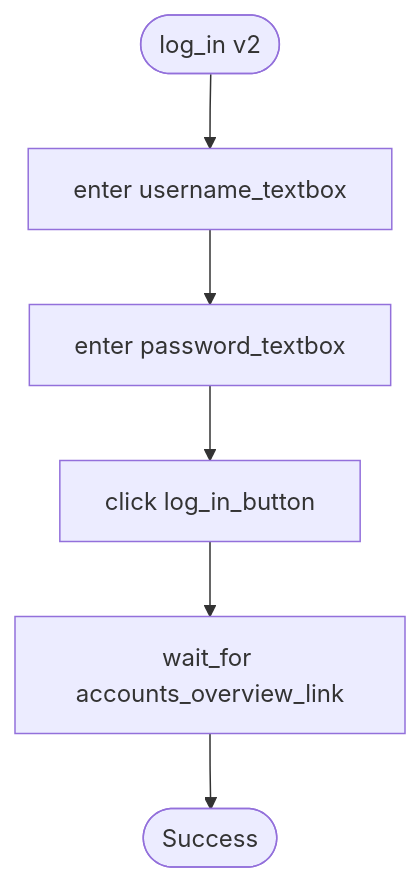
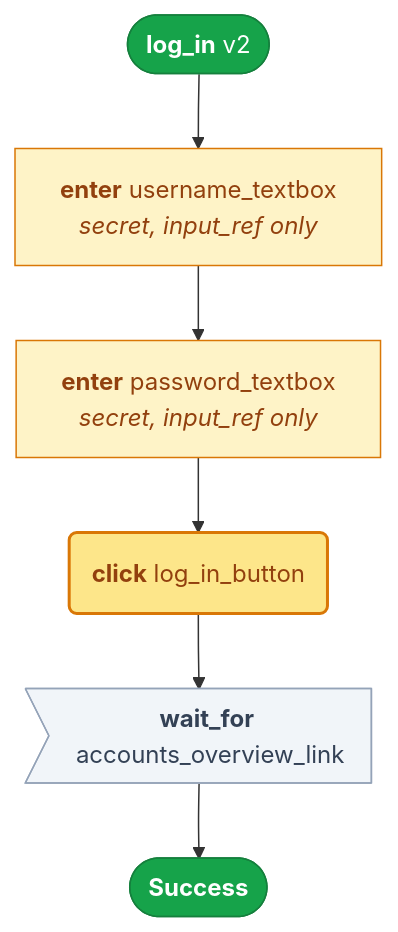
One commit to borisdev/ai_computer_use changed the second of 5 diagrams in CAPABILITIES.md. Above: the diagram before and after it, drawn with Mermaid. The commit also changed other lines of this file and 4 other files, not shown here.

````diff
--- a/CAPABILITIES.md
+++ b/CAPABILITIES.md
@@ -76,14 +121,18 @@
 ```mermaid
 flowchart TD
-    start(["log_in v2"])
-    n0["enter username_textbox"]
+    start(["<b>log_in</b> v2"]):::good
+    n0["<b>enter</b> username_textbox<br/><i>secret, input_ref only</i>"]:::write
     start --> n0
-    n1["enter password_textbox"]
+    n1["<b>enter</b> password_textbox<br/><i>secret, input_ref only</i>"]:::write
     n0 --> n1
-    n2["click log_in_button"]
+    n2("<b>click</b> log_in_button"):::act
     n1 --> n2
-    n3["wait_for accounts_overview_link"]
+    n3>"<b>wait_for</b> accounts_overview_link"]:::look
     n2 --> n3
-    done(["Success"])
-    n3 --> done
+    ok(["<b>Success</b>"]):::good
+    n3 --> ok
+    classDef write fill:#fef3c7,stroke:#d97706,color:#92400e;
+    classDef act fill:#fde68a,stroke:#d97706,stroke-width:2px,color:#92400e;
+    classDef look fill:#f1f5f9,stroke:#94a3b8,color:#334155;
+    classDef good fill:#16a34a,stroke:#15803d,color:#ffffff;
 ```
````
